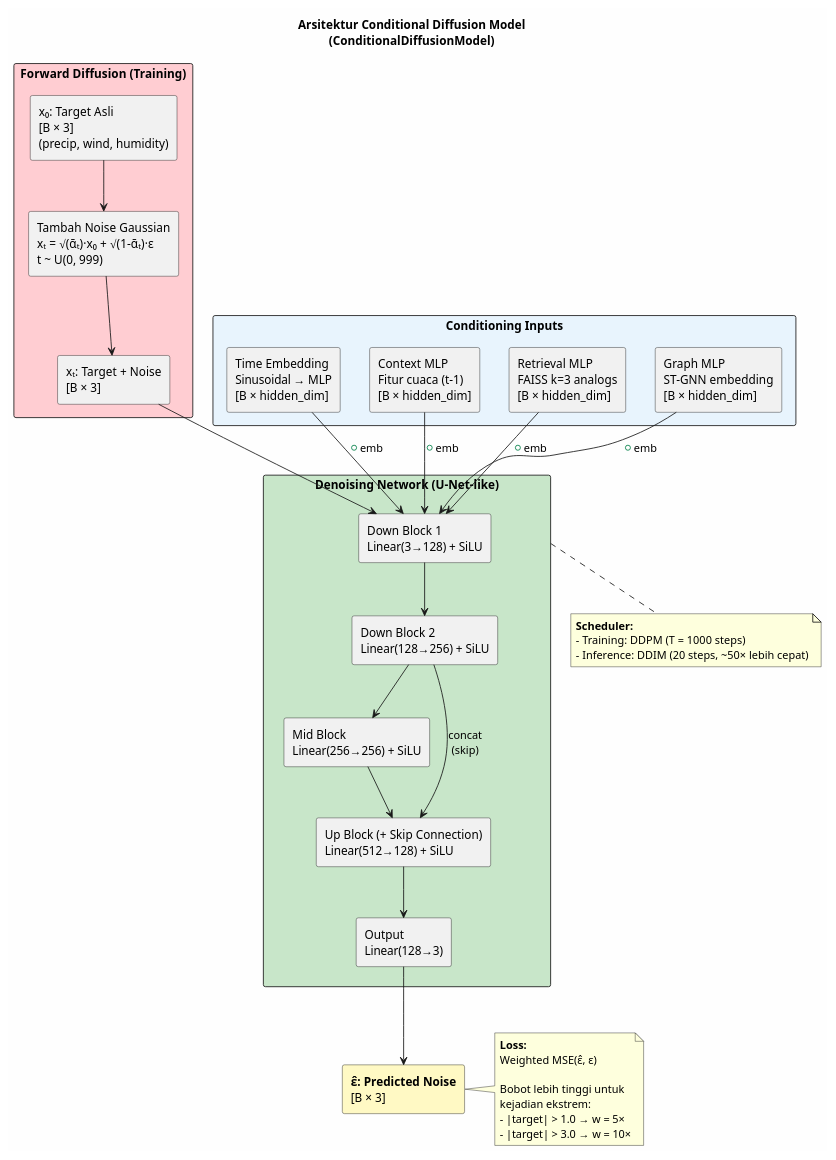
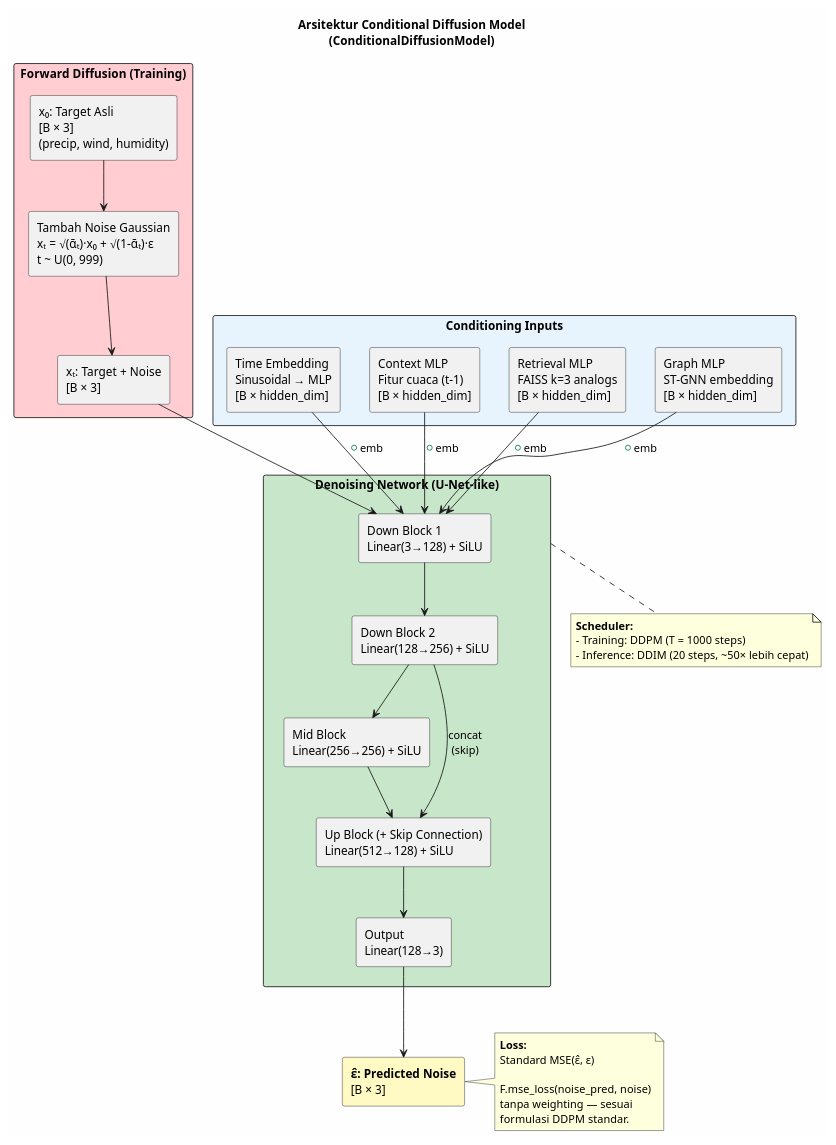
Before and after one commit to Vanszs/Skripsi_Badai: the sixth of 8 diagrams in docs/diagrams_and_tables.md, drawn with PlantUML. The commit also changed other lines of this file and 82 other files, not shown here.

````diff
--- a/docs/diagrams_and_tables.md
+++ b/docs/diagrams_and_tables.md
@@ -292,69 +292,68 @@
 ```plantuml
 @startuml
 skinparam backgroundColor #FEFEFE
 skinparam shadowing false
 skinparam defaultFontName Arial
 
 title Arsitektur Conditional Diffusion Model\n(ConditionalDiffusionModel)
 
 rectangle "**Forward Diffusion (Training)**" as FWD #FFCDD2 {
   rectangle "x₀: Target Asli\n[B × 3]\n(precip, wind, humidity)" as X0
   rectangle "Tambah Noise Gaussian\nxₜ = √(ᾱₜ)·x₀ + √(1-ᾱₜ)·ε\nt ~ U(0, 999)" as ADD_NOISE
   rectangle "xₜ: Target + Noise\n[B × 3]" as XT
   
   X0 --> ADD_NOISE
   ADD_NOISE --> XT
 }
 
 rectangle "**Conditioning Inputs**" as COND #E8F4FD {
   rectangle "Time Embedding\nSinusoidal → MLP\n[B × hidden_dim]" as TIME_EMB
   rectangle "Context MLP\nFitur cuaca (t-1)\n[B × hidden_dim]" as COND_MLP
   rectangle "Retrieval MLP\nFAISS k=3 analogs\n[B × hidden_dim]" as RET_MLP
   rectangle "Graph MLP\nST-GNN embedding\n[B × hidden_dim]" as GRAPH_MLP
 }
 
 rectangle "**Denoising Network (U-Net-like)**" as UNET #C8E6C9 {
   rectangle "Down Block 1\nLinear(3→128) + SiLU" as DOWN1
   rectangle "Down Block 2\nLinear(128→256) + SiLU" as DOWN2
   rectangle "Mid Block\nLinear(256→256) + SiLU" as MID
   rectangle "Up Block (+ Skip Connection)\nLinear(512→128) + SiLU" as UP1
   rectangle "Output\nLinear(128→3)" as OUT
 }
 
 rectangle "**ε̂: Predicted Noise**\n[B × 3]" as NOISE_PRED #FFF9C4
 
 XT --> DOWN1
 DOWN1 --> DOWN2
 DOWN2 --> MID
 
 ' Conditioning injection
 TIME_EMB --> DOWN1 : + emb
 COND_MLP --> DOWN1 : + emb
 RET_MLP --> DOWN1 : + emb
 GRAPH_MLP --> DOWN1 : + emb
 
 ' Skip connection
 DOWN2 --> UP1 : concat\n(skip)
 MID --> UP1
 
 UP1 --> OUT
 OUT --> NOISE_PRED
 
 note right of NOISE_PRED
   **Loss:**
-  Weighted MSE(ε̂, ε)
+  Standard MSE(ε̂, ε)
   
-  Bobot lebih tinggi untuk
-  kejadian ekstrem:
-  - |target| > 1.0 → w = 5×
-  - |target| > 3.0 → w = 10×
+  F.mse_loss(noise_pred, noise)
+  tanpa weighting — sesuai
+  formulasi DDPM standar.
 end note
 
 note bottom of UNET
   **Scheduler:**
   - Training: DDPM (T = 1000 steps)
   - Inference: DDIM (20 steps, ~50× lebih cepat)
 end note
 
 @enduml
 ```
````
